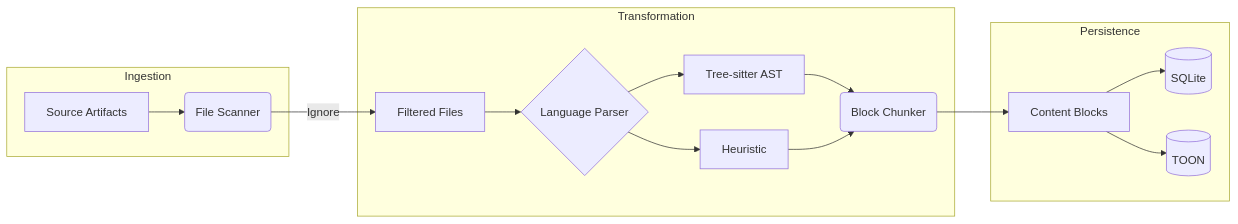
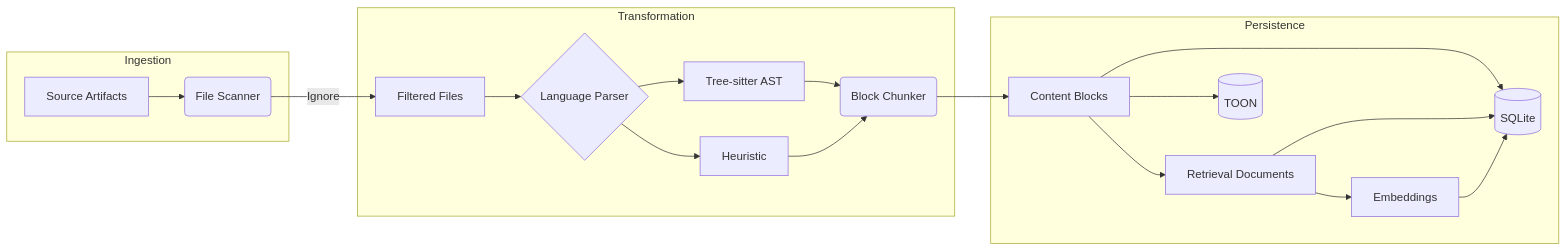
One commit to konteks/cli changed the diagram in docs/core-concepts/extraction.md. Above: the diagram before and after it, drawn with Mermaid. The commit also changed other lines of this file and 3 other files, not shown here.

````diff
--- a/docs/core-concepts/extraction.md
+++ b/docs/core-concepts/extraction.md
@@ -5,22 +5,26 @@
 ```mermaid
 graph LR
     subgraph Ingestion
     Source[Source Artifacts] --> Scanner(File Scanner)
     end
 
     Scanner -- "Ignore" --> Filtered[Filtered Files]
     
     subgraph Transformation
     Filtered --> Parser{Language Parser}
     Parser --> TS[Tree-sitter AST]
     Parser --> H[Heuristic]
     TS & H --> Chunker(Block Chunker)
     end
 
     Chunker --> Blocks[Content Blocks]
     
     subgraph Persistence
+    Blocks --> Retrieval[Retrieval Documents]
+    Retrieval --> Embeddings[Embeddings]
     Blocks --> SQLite[(SQLite)]
+    Retrieval --> SQLite
+    Embeddings --> SQLite
     Blocks --> TOON[(TOON)]
     end
 ```
````
